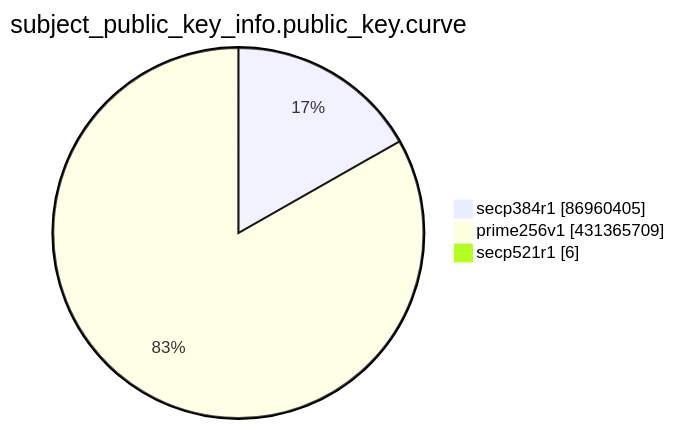
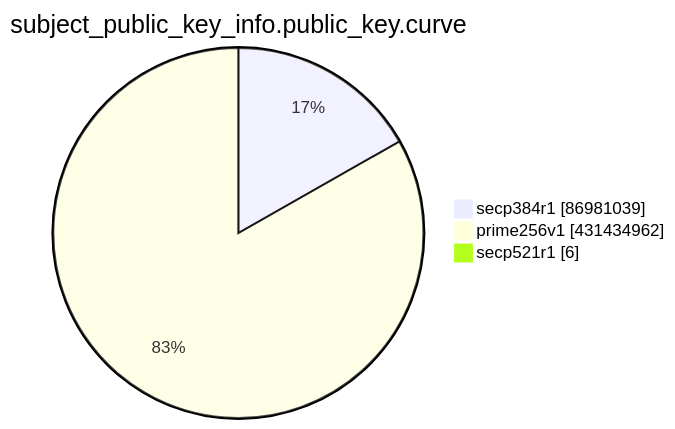
One commit to christiankrug/ctmonitor_visualization changed the eighth of 15 diagrams in TOTAL/README.md. Above: the diagram before and after it, drawn with Mermaid. The commit also changed other lines of this file, not shown here.

````diff
--- a/TOTAL/README.md
+++ b/TOTAL/README.md
@@ -3100,7 +3100,7 @@
 ```mermaid
 pie showData
 title subject_public_key_info.public_key.curve
-"secp384r1" :86960405
-"prime256v1" :431365709
+"secp384r1" :86981039
+"prime256v1" :431434962
 "secp521r1" :6
 ```
````
